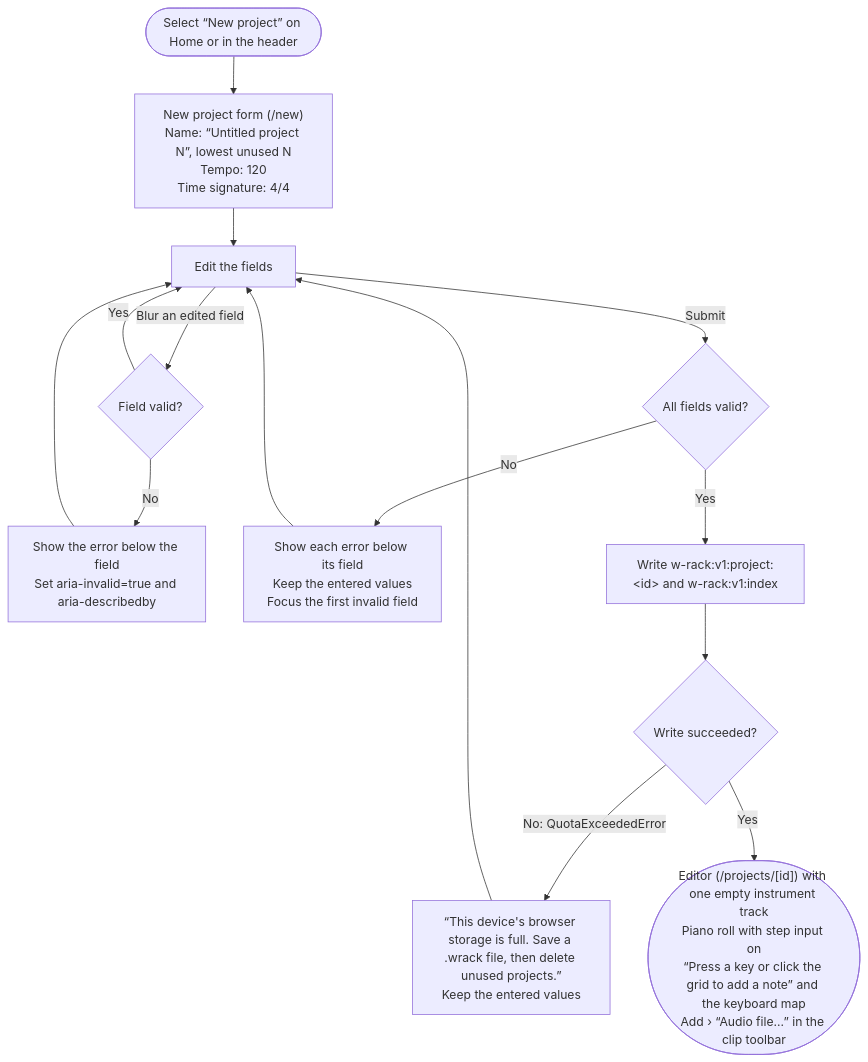
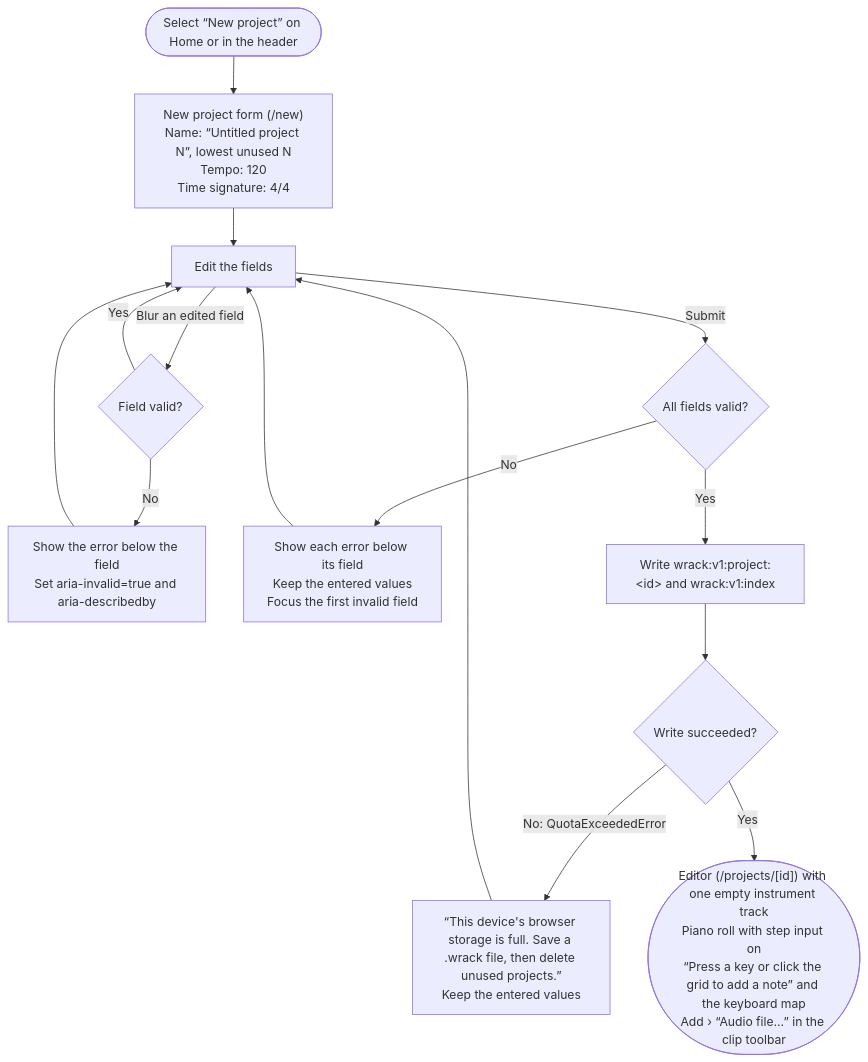
The second of 10 diagrams in README.md (victor-almaraz/mpcs-51238-assignment-3), drawn with Mermaid before and after one commit. The commit also changed other lines of this file and 58 other files, not shown here.

First line of the commit message:
chore: rename the app from W-Rack to Wrack

````diff
--- a/README.md
+++ b/README.md
@@ -34,17 +34,17 @@
 ```mermaid
 flowchart TD
   cp_start(["Select “New project” on Home or in the header"]) --> cp_form["New project form (/new)<br/>Name: “Untitled project N”, lowest unused N<br/>Tempo: 120<br/>Time signature: 4/4"]
   cp_form --> cp_edit["Edit the fields"]
   cp_edit -->|"Blur an edited field"| cp_blur{"Field valid?"}
   cp_blur -->|"Yes"| cp_edit
   cp_blur -->|"No"| cp_ferr["Show the error below the field<br/>Set aria-invalid=true and aria-describedby"]
   cp_ferr --> cp_edit
   cp_edit -->|"Submit"| cp_check{"All fields valid?"}
   cp_check -->|"No"| cp_errs["Show each error below its field<br/>Keep the entered values<br/>Focus the first invalid field"]
   cp_errs --> cp_edit
-  cp_check -->|"Yes"| cp_store["Write w-rack:v1:project:#lt;id#gt; and w-rack:v1:index"]
+  cp_check -->|"Yes"| cp_store["Write wrack:v1:project:#lt;id#gt; and wrack:v1:index"]
   cp_store --> cp_quota{"Write succeeded?"}
   cp_quota -->|"No: QuotaExceededError"| cp_full["“This device's browser storage is full. Save a .wrack file, then delete unused projects.”<br/>Keep the entered values"]
   cp_full --> cp_edit
   cp_quota -->|"Yes"| cp_editor(["Editor (/projects/[id]) with one empty instrument track<br/>Piano roll with step input on<br/>“Press a key or click the grid to add a note” and the keyboard map<br/>Add › “Audio file…” in the clip toolbar"])
 ```
````
